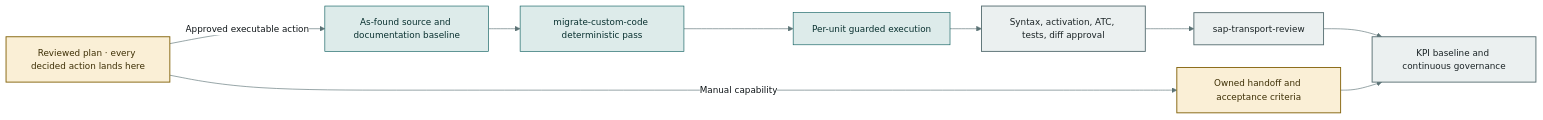
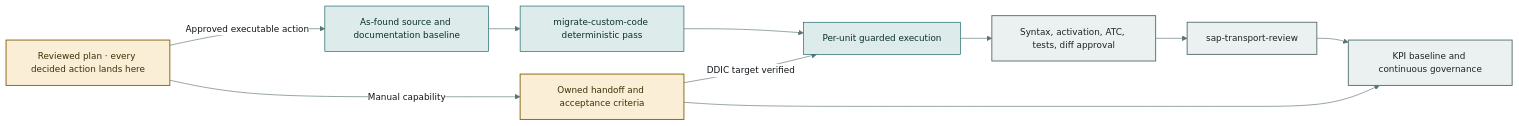
The second of 6 diagrams in skills/sap-erp-clean-core-refactor/WORKFLOW.md (Raistlin82/arc-1-fork), drawn with Mermaid before and after one commit. The commit also changed other lines of this file and 7 other files, not shown here.

First line of the commit message:
docs(clean-core): align every document and diagram with the DDIC path

````diff
--- a/skills/sap-erp-clean-core-refactor/WORKFLOW.md
+++ b/skills/sap-erp-clean-core-refactor/WORKFLOW.md
@@ -253,21 +266,22 @@
 ```mermaid
 %%{init: {'theme':'base','themeVariables':{'fontSize':'14px','primaryColor':'#EBF0F0','primaryTextColor':'#0F1518','primaryBorderColor':'#5B7275','lineColor':'#5B7275','edgeLabelBackground':'#FFFFFF'},'flowchart':{'curve':'basis','nodeSpacing':36,'rankSpacing':50}}}%%
 flowchart LR
     PLAN["Reviewed plan · every decided action lands here"]
     PLAN -->|Approved executable action| BASE["As-found source and documentation baseline"]
     PLAN -->|Manual capability| HAND["Owned handoff and acceptance criteria"]
     BASE --> MECH["migrate-custom-code deterministic pass"]
     MECH --> EXEC["Per-unit guarded execution"]
     EXEC --> VERIFY["Syntax, activation, ATC, tests, diff approval"]
     VERIFY --> TR["sap-transport-review"]
     TR --> GOV["KPI baseline and continuous governance"]
+    HAND -->|DDIC target verified| EXEC
     HAND --> GOV
 
     classDef human fill:#FAEFD6,stroke:#86660F,stroke-width:1.5px,color:#3D2F05
     classDef arc1 fill:#DDEBEA,stroke:#0B5D5D,stroke-width:1px,color:#08302F
     classDef proof fill:#EBF0F0,stroke:#5B7275,stroke-width:1.5px,color:#1B2426
 
     class PLAN,HAND human
     class BASE,MECH,EXEC arc1
     class VERIFY,TR,GOV proof
 ```
````
